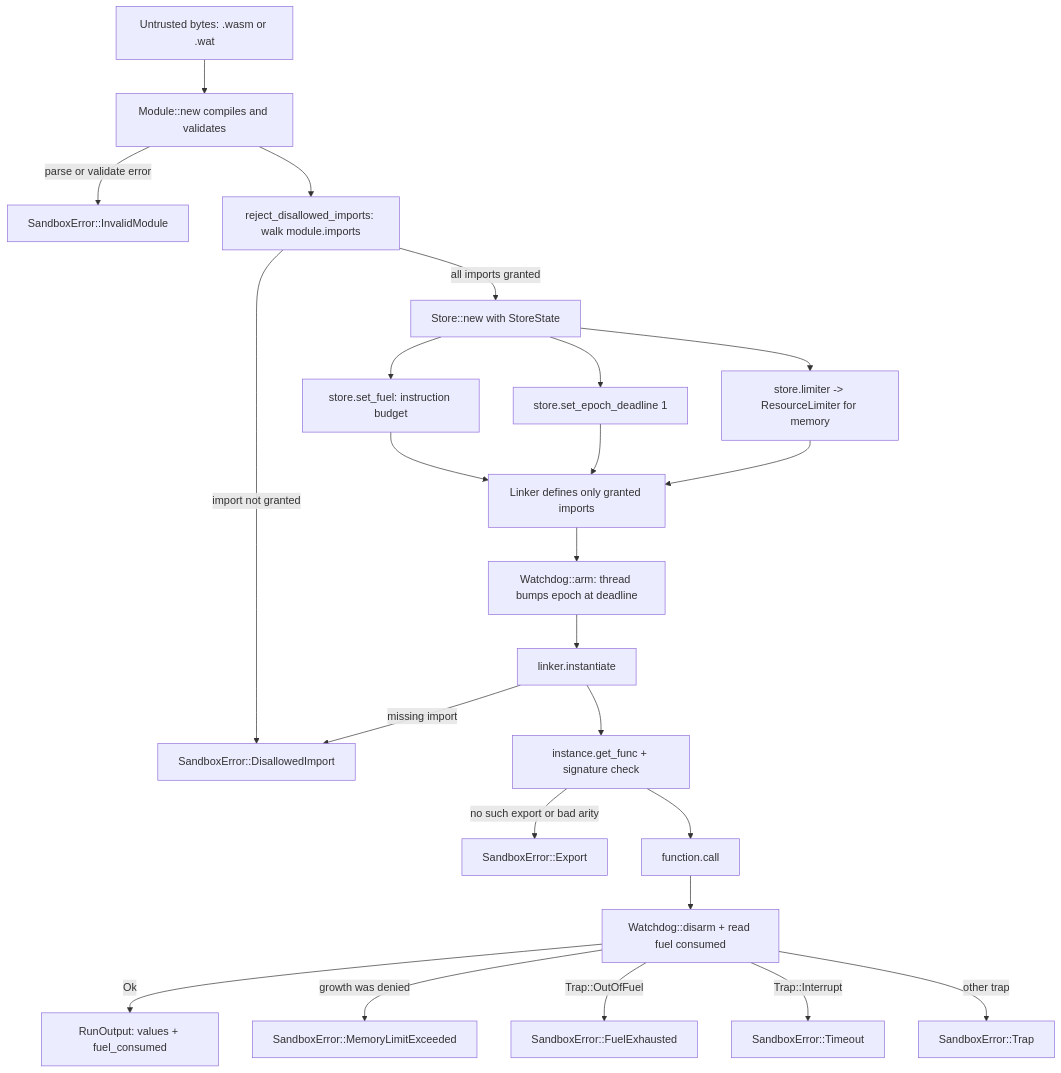
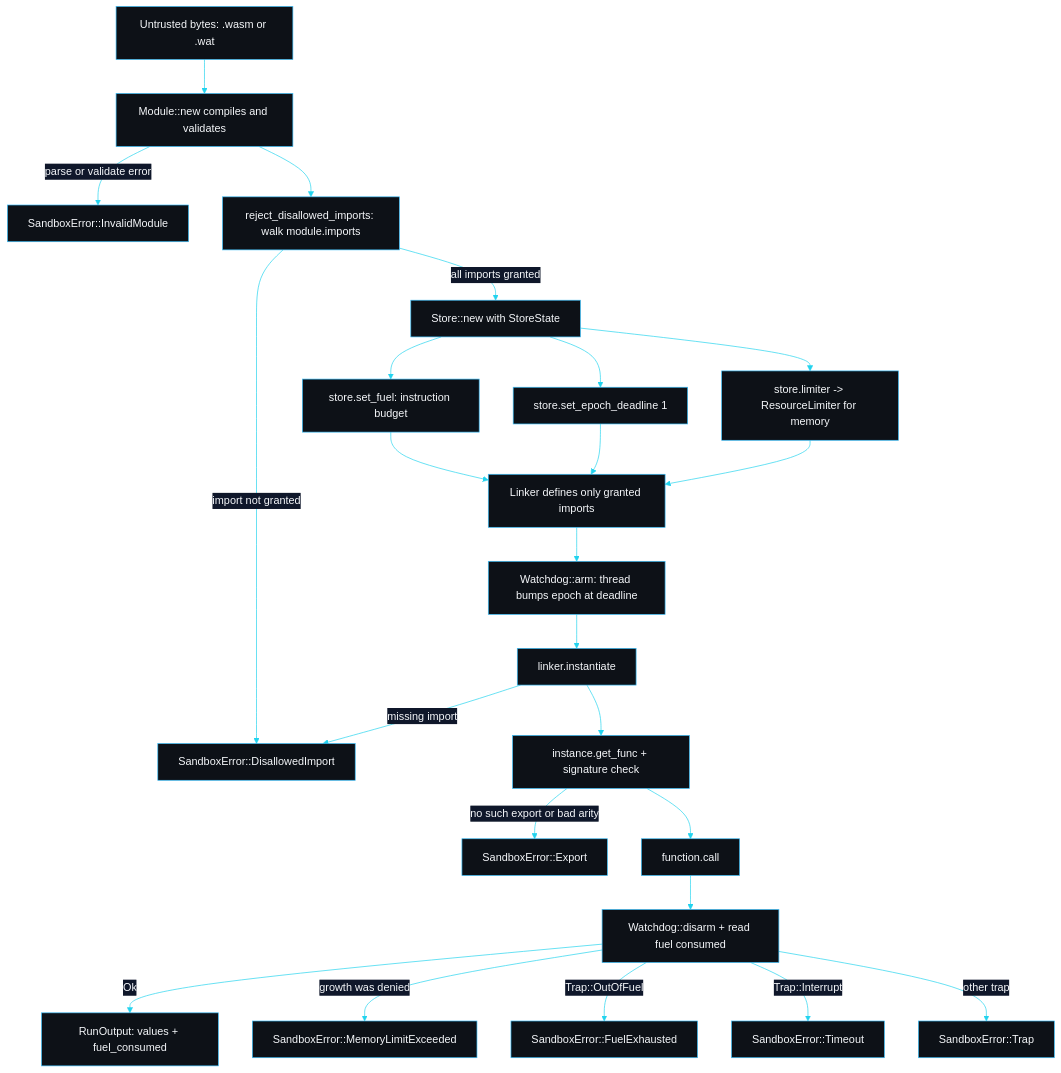
The diagram in wiki/Architecture.md (sarmakska/sandboxd), drawn with Mermaid before and after one commit. The commit also changed other lines of this file and 7 other files, not shown here.

Commit message:
docs: lift in-repo wiki to best-in-class with attack table, design decisions and roadmap

````diff
--- a/wiki/Architecture.md
+++ b/wiki/Architecture.md
@@ -32,26 +32,27 @@
 ```mermaid
+%%{init: {'theme':'base','themeVariables':{'primaryColor':'#0d1117','primaryTextColor':'#f5f7fa','primaryBorderColor':'#38bdf8','lineColor':'#22d3ee','secondaryColor':'#0f172a','tertiaryColor':'#0d1117','fontFamily':'ui-monospace, monospace'}}}%%
 flowchart TD
     A[Untrusted bytes: .wasm or .wat] --> B[Module::new compiles and validates]
     B -->|parse or validate error| E1[SandboxError::InvalidModule]
     B --> C[reject_disallowed_imports: walk module.imports]
     C -->|import not granted| E2[SandboxError::DisallowedImport]
     C -->|all imports granted| D[Store::new with StoreState]
     D --> D1[store.set_fuel: instruction budget]
     D --> D2[store.set_epoch_deadline 1]
     D --> D3[store.limiter -> ResourceLimiter for memory]
     D1 --> F[Linker defines only granted imports]
     D2 --> F
     D3 --> F
     F --> G[Watchdog::arm: thread bumps epoch at deadline]
     G --> H[linker.instantiate]
     H -->|missing import| E2
     H --> I[instance.get_func + signature check]
     I -->|no such export or bad arity| E3[SandboxError::Export]
     I --> J[function.call]
     J --> K[Watchdog::disarm + read fuel consumed]
     K -->|Ok| R[RunOutput: values + fuel_consumed]
     K -->|growth was denied| E4[SandboxError::MemoryLimitExceeded]
     K -->|Trap::OutOfFuel| E5[SandboxError::FuelExhausted]
     K -->|Trap::Interrupt| E6[SandboxError::Timeout]
     K -->|other trap| E7[SandboxError::Trap]
 ```
````
